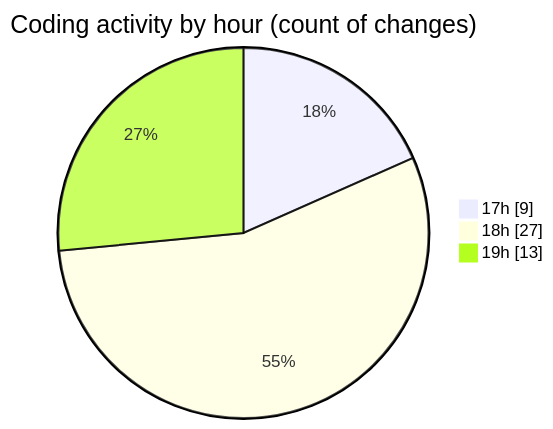
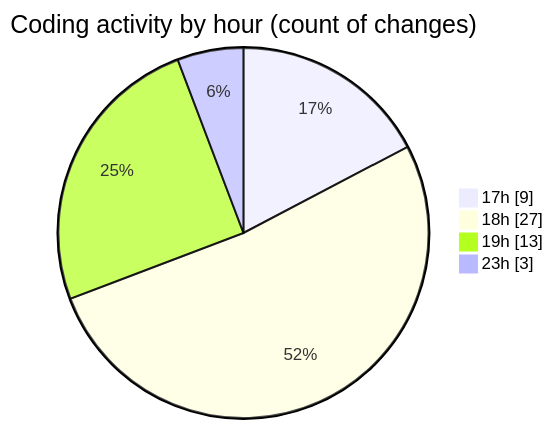
Before and after one commit to robertbonfada/code-tracking: the second of 2 diagrams in 2025-02-08/termonied-web/README.md, drawn with Mermaid. The commit also changed other lines of this file and 1 other file, not shown here.

````diff
--- a/2025-02-08/termonied-web/README.md
+++ b/2025-02-08/termonied-web/README.md
@@ -40,7 +43,8 @@
 ```mermaid
 pie showData
 title Coding activity by hour (count of changes)
 "17h" : 9
 "18h" : 27
 "19h" : 13
+"23h" : 3
 ```
````
